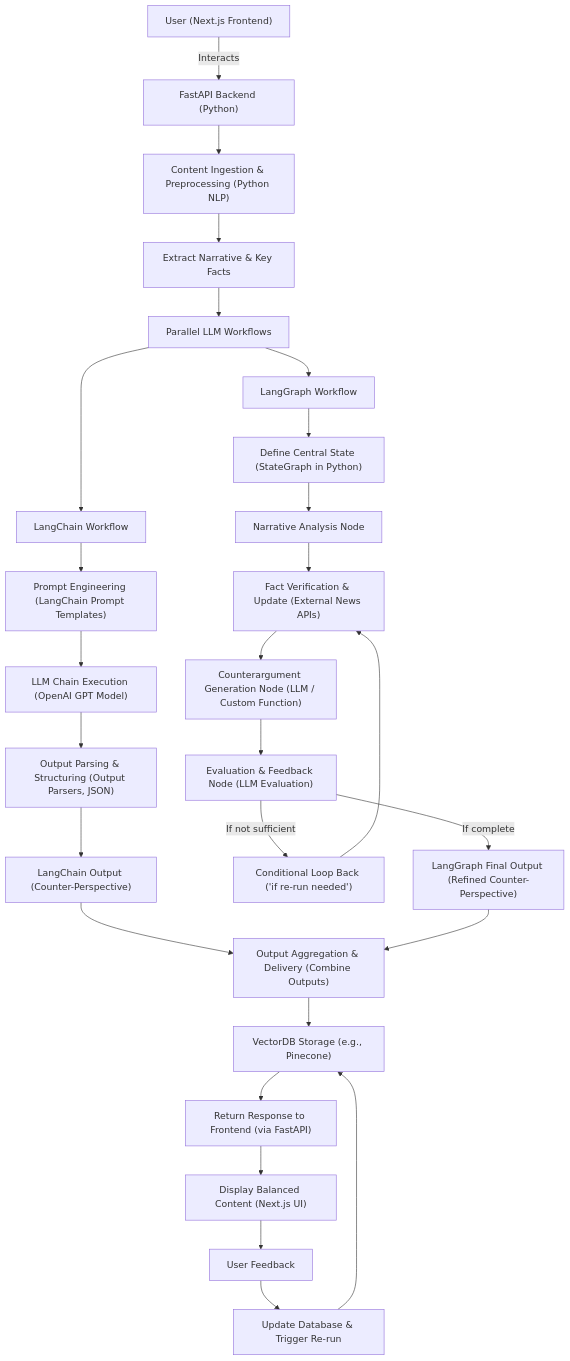
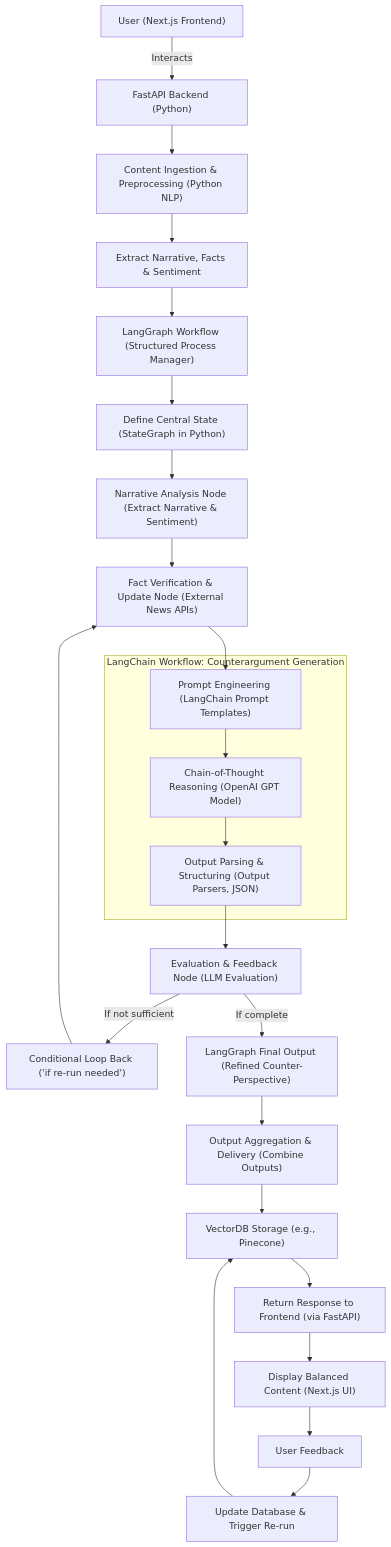
Before and after one commit to ParagGhatage/Understanding-workflow: the first of 3 diagrams in README.md, drawn with Mermaid.

````diff
--- a/README.md
+++ b/README.md
@@ -1,80 +1,57 @@
 ```mermaid
-
 flowchart TD
-  %% Frontend
   A["User (Next.js Frontend)"]
-  
-  %% Backend and Ingestion
   B["FastAPI Backend (Python)"]
   C["Content Ingestion & Preprocessing (Python NLP)"]
-  D["Extract Narrative & Key Facts"]
-
-  %% Parallel LLM Processing Branch
-  E["Parallel LLM Workflows"]
+  D["Extract Narrative, Facts & Sentiment"]
   
-  %% LangChain Workflow Branch (Sequential)
-  F["LangChain Workflow"]
-  G["Prompt Engineering (LangChain Prompt Templates)"]
-  H["LLM Chain Execution (OpenAI GPT Model)"]
-  I["Output Parsing & Structuring (Output Parsers, JSON)"]
-  J["LangChain Output (Counter-Perspective)"]
+  E["LangGraph Workflow (Structured Process Manager)"]
+  F["Define Central State (StateGraph in Python)"]
+  G["Narrative Analysis Node (Extract Narrative & Sentiment)"]
+  H["Fact Verification & Update Node (External News APIs)"]
   
-  %% LangGraph Workflow Branch (Cyclic/Agent Orchestration)
-  K["LangGraph Workflow"]
-  L["Define Central State (StateGraph in Python)"]
-  M["Narrative Analysis Node"]
-  N["Fact Verification & Update (External News APIs)"]
-  O["Counterargument Generation Node (LLM / Custom Function)"]
-  P["Evaluation & Feedback Node (LLM Evaluation)"]
-  Q["Conditional Loop Back ('if re-run needed')"]
-  R["LangGraph Final Output (Refined Counter-Perspective)"]
+  subgraph LF[LangChain Workflow: Counterargument Generation]
+    I1["Prompt Engineering (LangChain Prompt Templates)"]
+    I2["Chain-of-Thought Reasoning (OpenAI GPT Model)"]
+    I3["Output Parsing & Structuring (Output Parsers, JSON)"]
+  end
   
-  %% Aggregation and Delivery
-  S["Output Aggregation & Delivery (Combine Outputs)"]
-  T["VectorDB Storage (e.g., Pinecone)"]
-  U["Return Response to Frontend (via FastAPI)"]
-  V["Display Balanced Content (Next.js UI)"]
+  J["Evaluation & Feedback Node (LLM Evaluation)"]
+  K["Conditional Loop Back ('if re-run needed')"]
+  L["LangGraph Final Output (Refined Counter-Perspective)"]
   
-  %% Feedback Loop
-  W["User Feedback"]
-  X["Update Database & Trigger Re-run"]
+  M["Output Aggregation & Delivery (Combine Outputs)"]
+  N["VectorDB Storage (e.g., Pinecone)"]
+  O["Return Response to Frontend (via FastAPI)"]
+  P["Display Balanced Content (Next.js UI)"]
   
-  %% Data Flow
+  Q["User Feedback"]
+  R["Update Database & Trigger Re-run"]
+  
   A -->|Interacts| B
   B --> C
   C --> D
   D --> E
   
-  %% Parallel branch splitting from E
   E --> F
-  E --> K
-  
-  %% LangChain branch
   F --> G
   G --> H
-  H --> I
-  I --> J
+  H --> I1
+  I1 --> I2
+  I2 --> I3
+  I3 --> J
+  J -- "If not sufficient" --> K
+  K --> H
+  J -- "If complete" --> L
   
-  %% LangGraph branch
-  K --> L
   L --> M
   M --> N
   N --> O
   O --> P
-  P -- "If not sufficient" --> Q
-  Q --> N
-  P -- "If complete" --> R
   
-  %% Aggregation
-  J --> S
-  R --> S
-  S --> T
-  T --> U
-  U --> V
-  
-  %% Feedback loop
-  V --> W
-  W --> X
-  X --> T
+  P --> Q
+  Q --> R
+  R --> N
+
 
 ```
````
